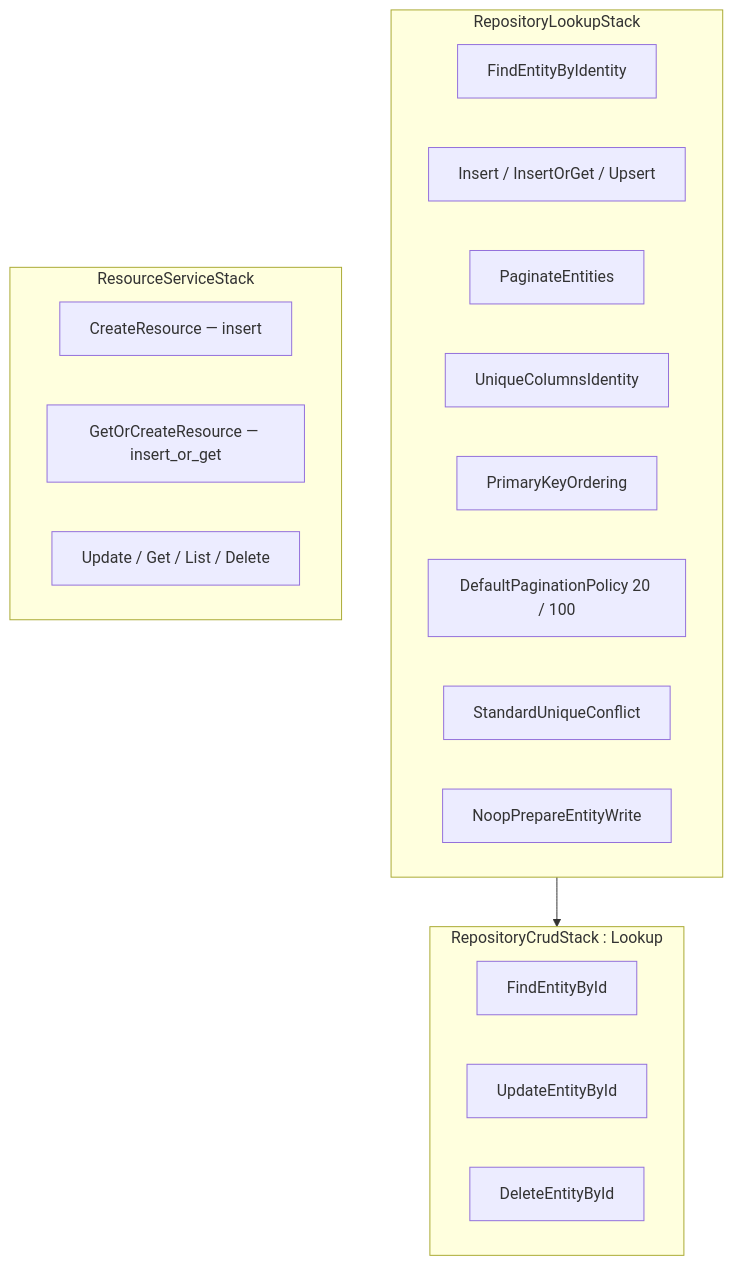
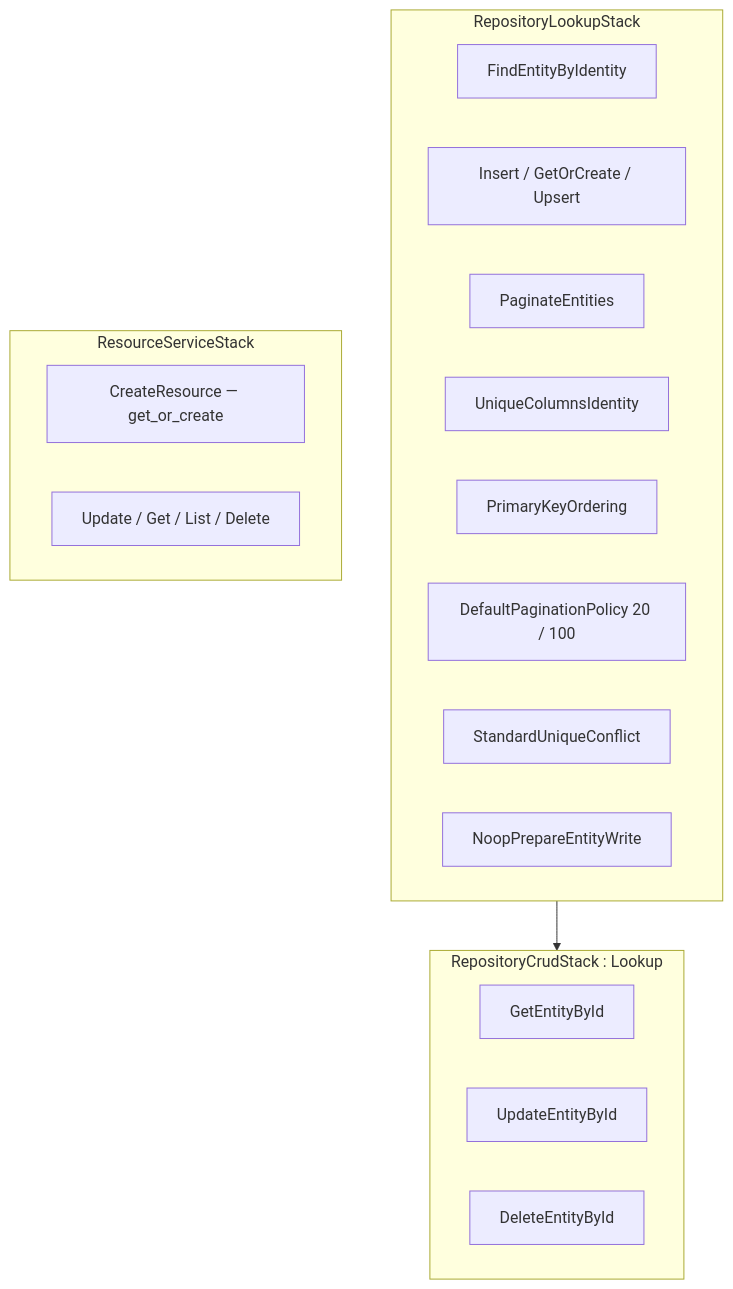
Before and after one commit to Just-Replicant/cgp-orm: the third of 3 diagrams in ARCHITECTURE.md, drawn with Mermaid. The commit also changed other lines of this file and 3 other files, not shown here.

Commit message:
docs: document get_by_id and get_or_create API

````diff
--- a/ARCHITECTURE.md
+++ b/ARCHITECTURE.md
@@ -128,27 +134,26 @@
 ```mermaid
 flowchart TB
     subgraph lookup ["RepositoryLookupStack"]
         l1["FindEntityByIdentity"]
-        l2["Insert / InsertOrGet / Upsert"]
+        l2["Insert / GetOrCreate / Upsert"]
         l3["PaginateEntities"]
         l4["UniqueColumnsIdentity"]
         l5["PrimaryKeyOrdering"]
         l6["DefaultPaginationPolicy 20 / 100"]
         l7["StandardUniqueConflict"]
         l8["NoopPrepareEntityWrite"]
     end
 
     subgraph crud ["RepositoryCrudStack : Lookup"]
-        c1["FindEntityById"]
+        c1["GetEntityById"]
         c2["UpdateEntityById"]
         c3["DeleteEntityById"]
     end
 
     subgraph svc ["ResourceServiceStack"]
-        s1["CreateResource — insert"]
-        s2["GetOrCreateResource — insert_or_get"]
-        s3["Update / Get / List / Delete"]
+        s1["CreateResource — get_or_create"]
+        s2["Update / Get / List / Delete"]
     end
 
     lookup --> crud
 ```
````
